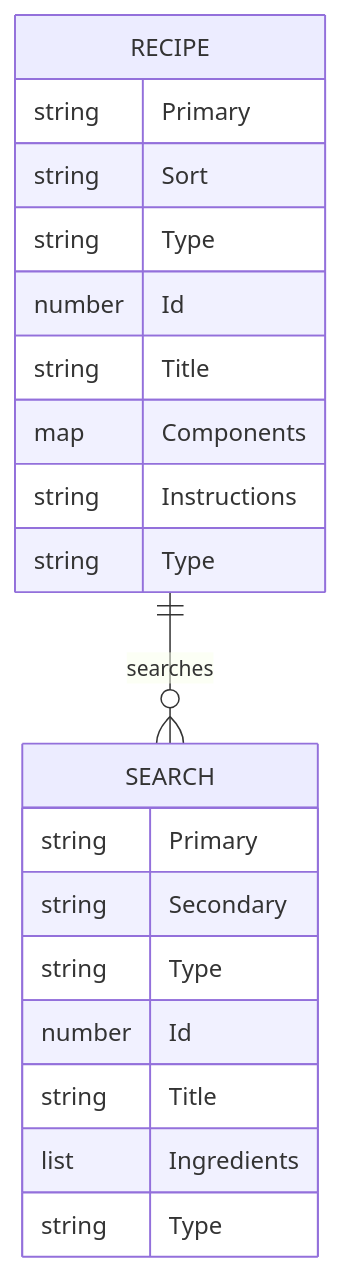
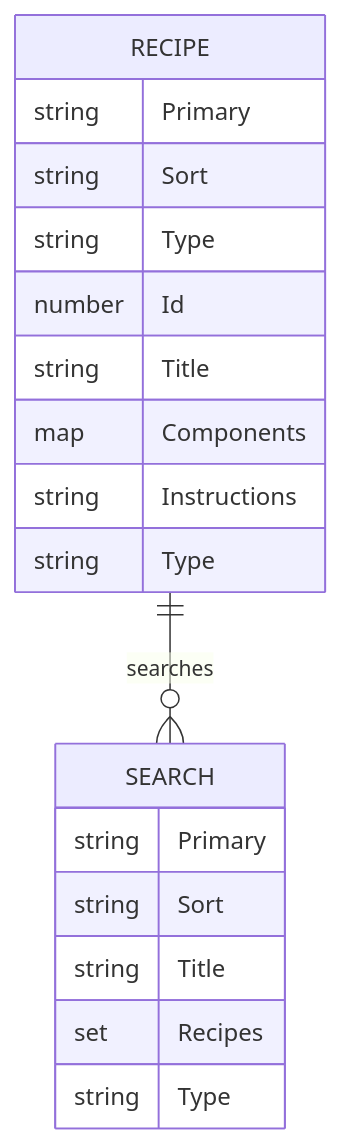
One commit to hfmckenna/skran-app-ssr changed the diagram in README.md. Above: the diagram before and after it, drawn with Mermaid. The commit also changed other lines of this file and 4 other files, not shown here.

Commit message:
fix: Update table schema

````diff
--- a/README.md
+++ b/README.md
@@ -16,23 +16,23 @@
 ```mermaid
 erDiagram
-    RECIPE ||--o{ SEARCH : searches
+    
     RECIPE {
         string Primary
         string Sort
         string Type
         number Id
         string Title
         map Components
         string Instructions
         string Type
     }
+
     SEARCH {
         string Primary
-        string Secondary
-        string Type
-        number Id
+        string Sort
         string Title
-        list Ingredients
+        set Recipes
         string Type
     }
+    RECIPE ||--o{ SEARCH: searches
 ```
````
